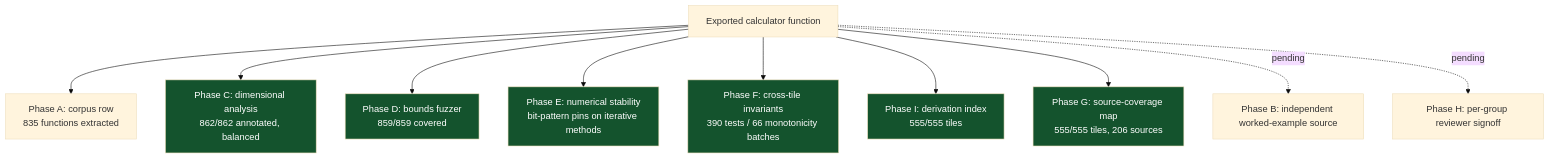
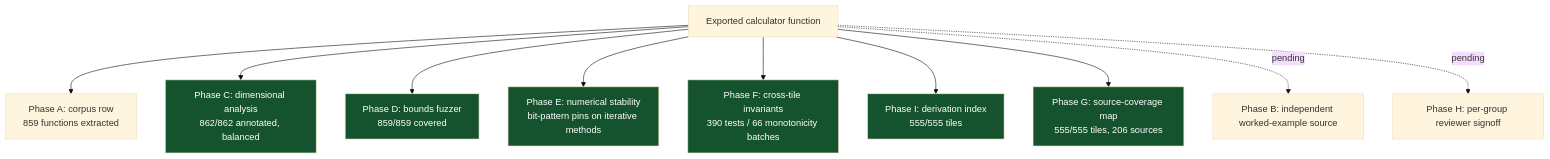
The fourth of 6 diagrams in README.md (clay-good/roughlogic.com), drawn with Mermaid (base theme) before and after one commit. The commit also changed other lines of this file and 4 other files, not shown here.

First line of the commit message:
docs: resync README + architecture/performance/deployment to the post-v30 catalog

````diff
--- a/README.md
+++ b/README.md
@@ -260,18 +260,18 @@
 ```mermaid
 flowchart TB
-    F[Exported calculator function] --> A[Phase A: corpus row\n835 functions extracted]
+    F[Exported calculator function] --> A[Phase A: corpus row\n859 functions extracted]
     F --> C[Phase C: dimensional analysis\n862/862 annotated, balanced]
     F --> D[Phase D: bounds fuzzer\n859/859 covered]
     F --> E[Phase E: numerical stability\nbit-pattern pins on iterative methods]
     F --> Fa[Phase F: cross-tile invariants\n390 tests / 66 monotonicity batches]
     F --> I[Phase I: derivation index\n555/555 tiles]
     F --> G[Phase G: source-coverage map\n555/555 tiles, 206 sources]
     F -.pending.-> B[Phase B: independent worked-example source]
     F -.pending.-> H[Phase H: per-group reviewer signoff]
     style C fill:#14532d,color:#fff
     style D fill:#14532d,color:#fff
     style E fill:#14532d,color:#fff
     style Fa fill:#14532d,color:#fff
     style G fill:#14532d,color:#fff
     style I fill:#14532d,color:#fff
 ```
````
